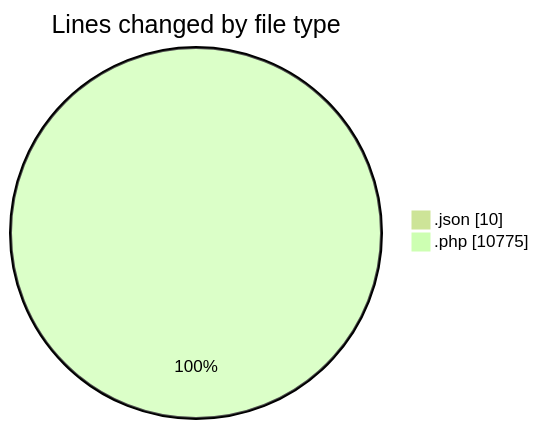
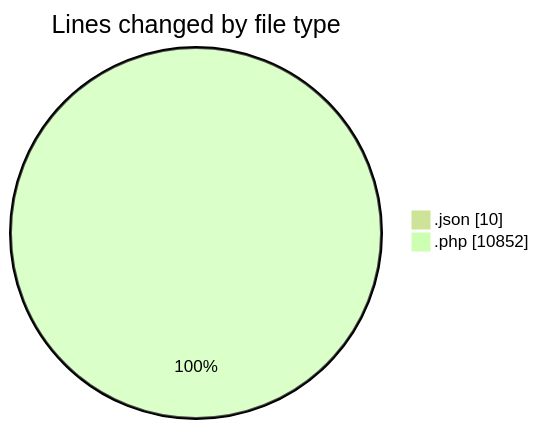
The first of 2 diagrams in 2025-10-16/untitled__workspace_/README.md (debugP/code-tracking), drawn with Mermaid (forest theme) before and after one commit. The commit also changed other lines of this file and 1 other file, not shown here.

````diff
--- a/2025-10-16/untitled__workspace_/README.md
+++ b/2025-10-16/untitled__workspace_/README.md
@@ -22,6 +23,6 @@
 ```mermaid
 pie showData
 title Lines changed by file type
 ".json" : 10
-".php" : 10775
+".php" : 10852
 ```
````
